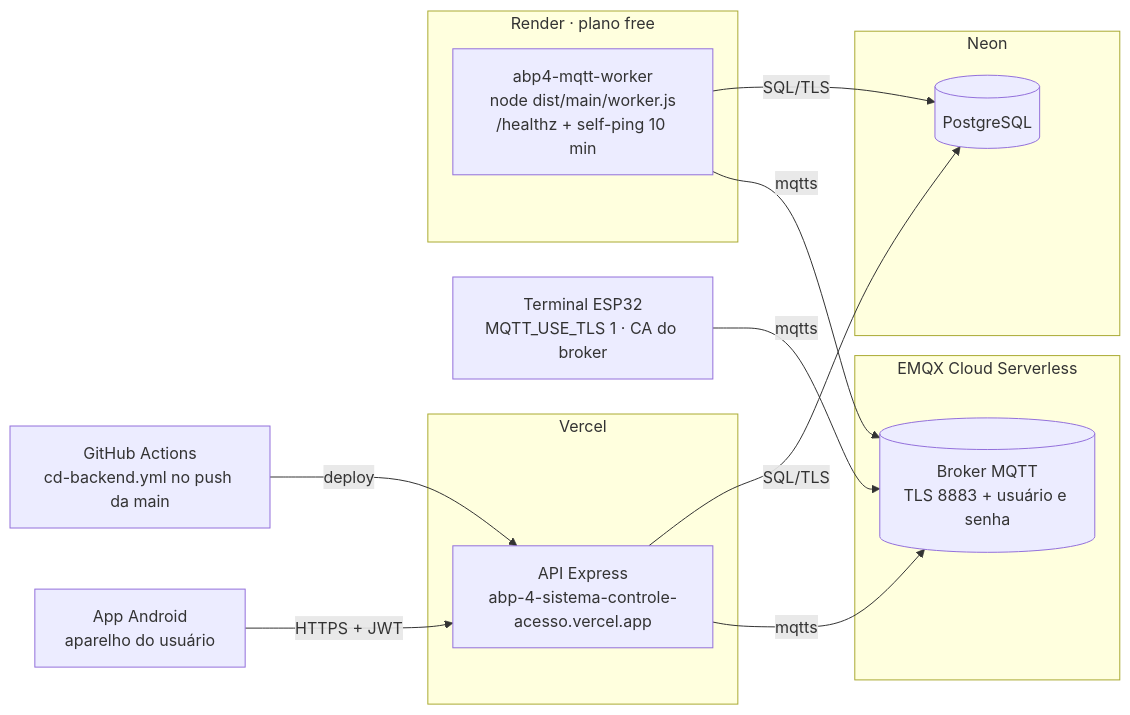
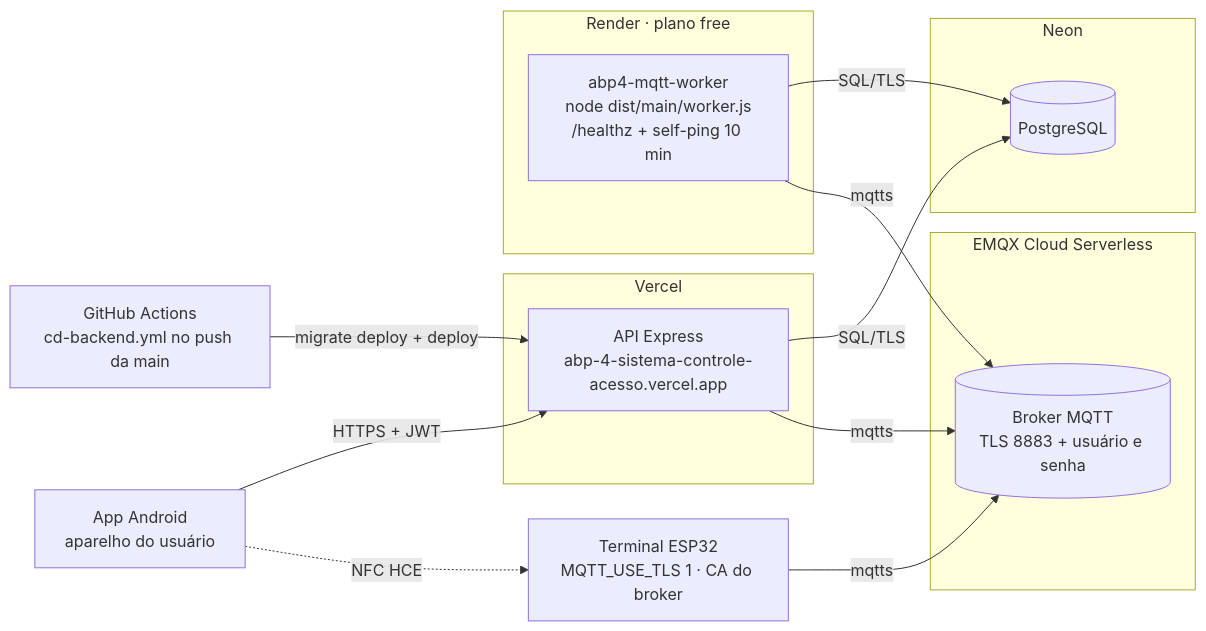
Before and after one commit to ErrorSquad-ABP/ABP4-Sistema-Controle-Acesso: the third of 3 diagrams in docs/architecture/componentes-implantacao.md, drawn with Mermaid. The commit also changed other lines of this file and 6 other files, not shown here.

First line of the commit message:
docs: alinha os diagramas da US-35 com a main e com a revisao

````diff
--- a/docs/architecture/componentes-implantacao.md
+++ b/docs/architecture/componentes-implantacao.md
@@ -115,31 +122,32 @@
 ```mermaid
 flowchart LR
   GH["GitHub Actions<br/>cd-backend.yml no push da main"]
 
   subgraph VER["Vercel"]
     API_P["API Express<br/>abp-4-sistema-controle-acesso.vercel.app"]
   end
 
   subgraph REN["Render · plano free"]
     WRK_P["abp4-mqtt-worker<br/>node dist/main/worker.js<br/>/healthz + self-ping 10 min"]
   end
 
   subgraph NEON["Neon"]
     PG_P[("PostgreSQL")]
   end
 
   subgraph EMQX["EMQX Cloud Serverless"]
     BR_P[("Broker MQTT<br/>TLS 8883 + usuário e senha")]
   end
 
   PHONE["App Android<br/>aparelho do usuário"]
   ESP["Terminal ESP32<br/>MQTT_USE_TLS 1 · CA do broker"]
 
-  GH -- "deploy" --> API_P
-  PHONE -- "HTTPS + JWT" --> API_P
-  API_P -- "SQL/TLS" --> PG_P
-  WRK_P -- "SQL/TLS" --> PG_P
-  API_P -- "mqtts" --> BR_P
-  WRK_P -- "mqtts" --> BR_P
-  ESP -- "mqtts" --> BR_P
+  GH -->|migrate deploy + deploy| API_P
+  PHONE -->|HTTPS + JWT| API_P
+  PHONE -.->|NFC HCE| ESP
+  API_P -->|SQL/TLS| PG_P
+  WRK_P -->|SQL/TLS| PG_P
+  API_P -->|mqtts| BR_P
+  WRK_P -->|mqtts| BR_P
+  ESP -->|mqtts| BR_P
 ```
````
